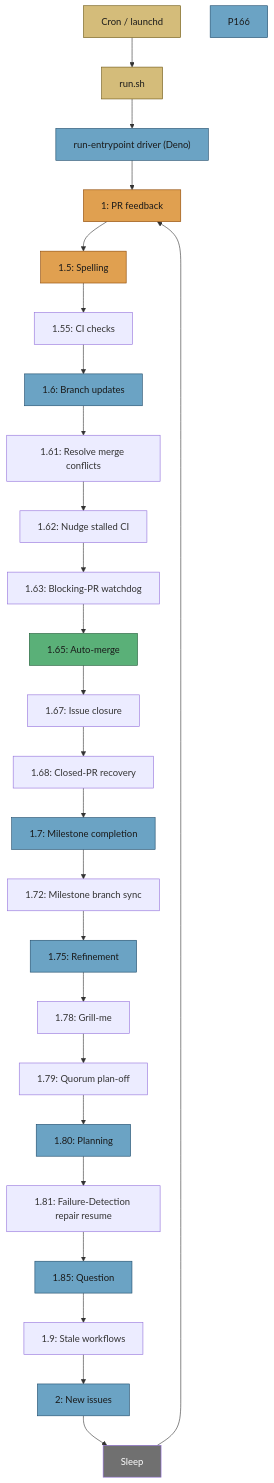
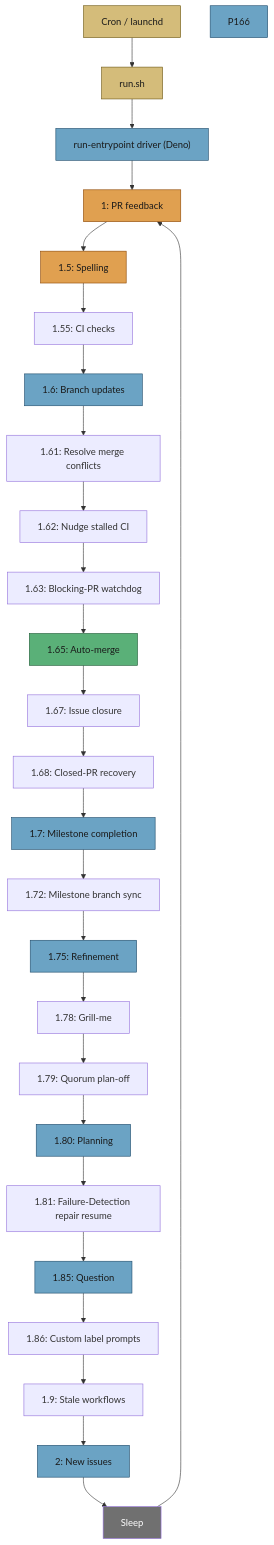
One commit to stSoftwareAU/VibeCoder changed the second of 4 diagrams in docs/workflows/README.md. Above: the diagram before and after it, drawn with Mermaid. The commit also changed other lines of this file and 14 other files, not shown here.

First line of the commit message:
Dispatch a custom label to the generic implementation phase (Issue #848)

````diff
--- a/docs/workflows/README.md
+++ b/docs/workflows/README.md
@@ -142,41 +143,42 @@
 ```mermaid
 flowchart TD
   Cron["Cron / launchd"] --> Run["run.sh"]
   Run --> Core["run-entrypoint driver (Deno)"]
   Core --> P1["1: PR feedback"]
   P1 --> P15["1.5: Spelling"]
   P15 --> P155["1.55: CI checks"]
   P155 --> P16["1.6: Branch updates"]
   P16 --> P161["1.61: Resolve merge conflicts"]
   P161 --> P162["1.62: Nudge stalled CI"]
   P162 --> P163["1.63: Blocking-PR watchdog"]
   P163 --> P165["1.65: Auto-merge"]
   P165 --> P167["1.67: Issue closure"]
   P167 --> P168["1.68: Closed-PR recovery"]
   P168 --> P17["1.7: Milestone completion"]
   P17 --> P172["1.72: Milestone branch sync"]
   P172 --> P175["1.75: Refinement"]
   P175 --> P178["1.78: Grill-me"]
   P178 --> P179["1.79: Quorum plan-off"]
   P179 --> P18["1.80: Planning"]
   P18 --> P181["1.81: Failure-Detection repair resume"]
   P181 --> P185["1.85: Question"]
-  P185 --> P19["1.9: Stale workflows"]
+  P185 --> P186["1.86: Custom label prompts"]
+  P186 --> P19["1.9: Stale workflows"]
   P19 --> P2["2: New issues"]
   P2 --> Sleep["Sleep"]
   Sleep --> P1
   style Cron fill:#d4bc7a,stroke:#6b5510,color:#1a1a1a
   style Run fill:#d4bc7a,stroke:#6b5510,color:#1a1a1a
   style Core fill:#6ba3c4,stroke:#1d4a6a,color:#1a1a1a
   style P1 fill:#e0a050,stroke:#8b4500,color:#1a1a1a
   style P15 fill:#e0a050,stroke:#8b4500,color:#1a1a1a
   style P16 fill:#6ba3c4,stroke:#1d4a6a,color:#1a1a1a
   style P165 fill:#5ab078,stroke:#1d5a35,color:#1a1a1a
   style P166 fill:#6ba3c4,stroke:#1d4a6a,color:#1a1a1a
   style P17 fill:#6ba3c4,stroke:#1d4a6a,color:#1a1a1a
   style P175 fill:#6ba3c4,stroke:#1d4a6a,color:#1a1a1a
   style P18 fill:#6ba3c4,stroke:#1d4a6a,color:#1a1a1a
   style P185 fill:#6ba3c4,stroke:#1d4a6a,color:#1a1a1a
   style P2 fill:#6ba3c4,stroke:#1d4a6a,color:#1a1a1a
   style Sleep fill:#707070,stroke:,color:#fff
 ```
````
